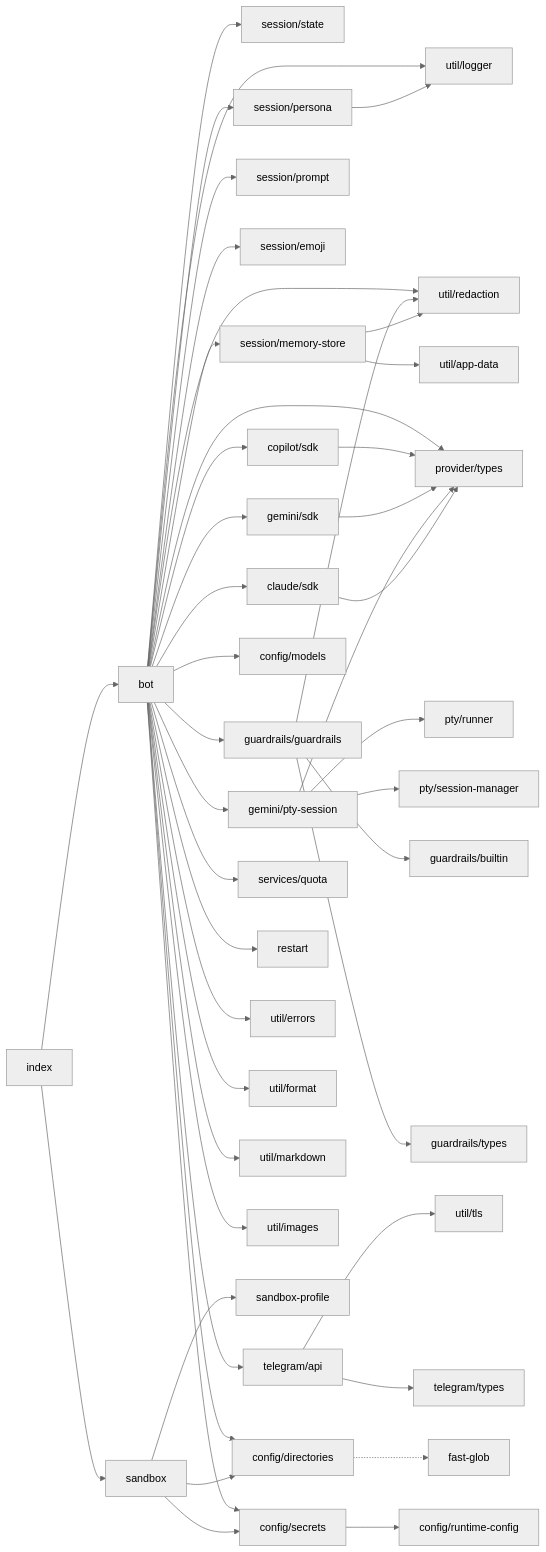
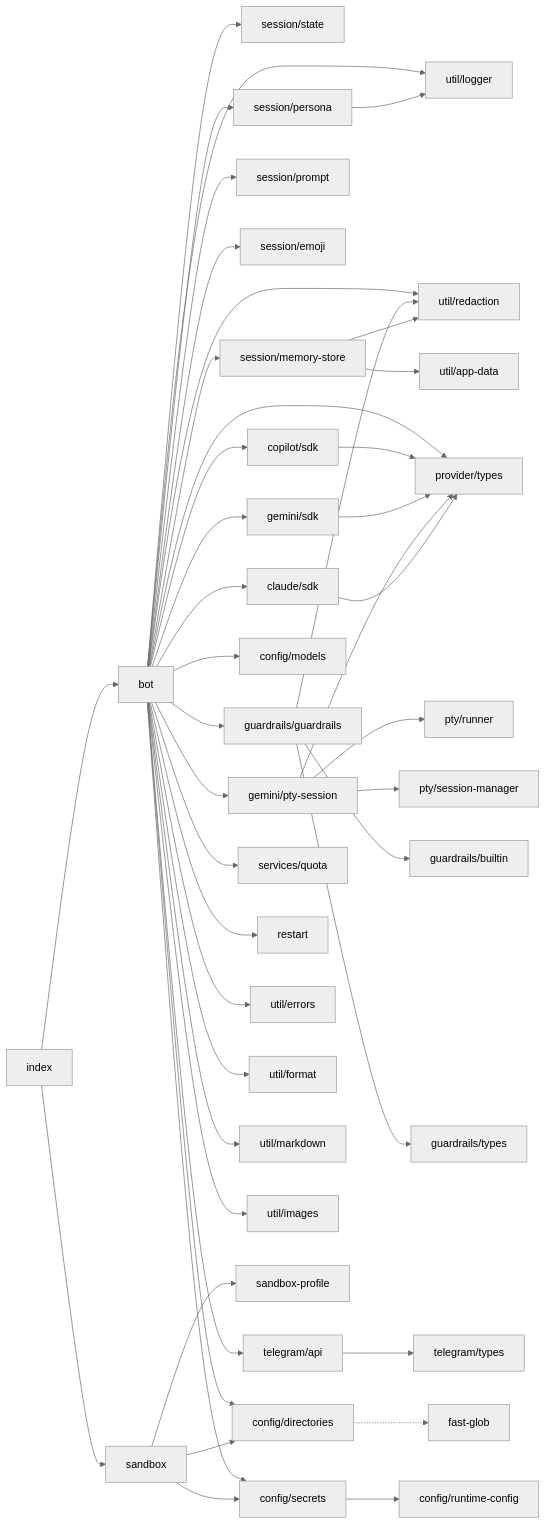
One commit to WeiTopaz/TeleTopaz changed the third of 17 diagrams in spec.md. Above: the diagram before and after it, drawn with Mermaid (neutral theme). The commit also changed other lines of this file and 20 other files, not shown here.

````diff
--- a/spec.md
+++ b/spec.md
@@ -277,53 +276,52 @@
 ```mermaid
 graph LR
     bot --> session/state
     bot --> session/persona
     bot --> session/memory-store
     bot --> session/prompt
     bot --> session/emoji
     bot --> provider/types
     bot --> copilot/sdk
     bot --> gemini/sdk
     bot --> gemini/pty-session
     bot --> claude/sdk
     bot --> guardrails/guardrails
     bot --> telegram/api
     bot --> config/models
     bot --> config/directories
     bot --> config/secrets
     bot --> services/quota
     bot --> restart
     bot --> util/logger
     bot --> util/errors
     bot --> util/format
     bot --> util/markdown
     bot --> util/redaction
     bot --> util/images
 
     copilot/sdk --> provider/types
     gemini/sdk --> provider/types
     gemini/pty-session --> provider/types
     gemini/pty-session --> pty/runner
     gemini/pty-session --> pty/session-manager
     claude/sdk --> provider/types
 
     guardrails/guardrails --> guardrails/builtin
     guardrails/guardrails --> guardrails/types
     guardrails/guardrails --> util/redaction
 
     session/memory-store --> util/redaction
     session/memory-store --> util/app-data
     session/persona --> util/logger
 
-    telegram/api --> util/tls
     telegram/api --> telegram/types
 
     config/secrets --> config/runtime-config
     config/directories -.-> fast-glob
 
     index --> bot
     index --> sandbox
     sandbox --> sandbox-profile
     sandbox --> config/directories
     sandbox --> config/secrets
 ```
````
